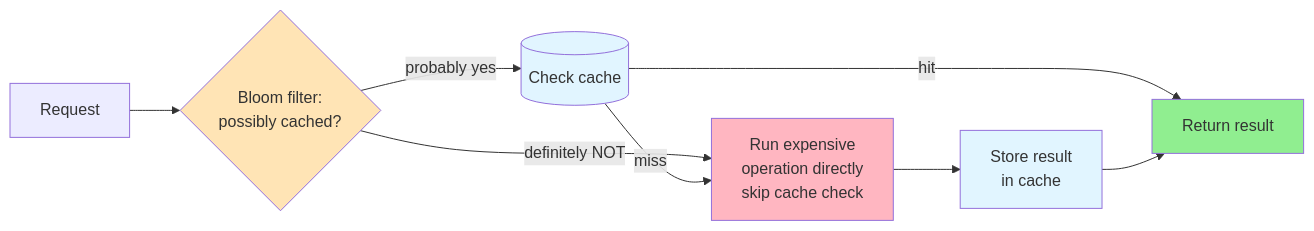
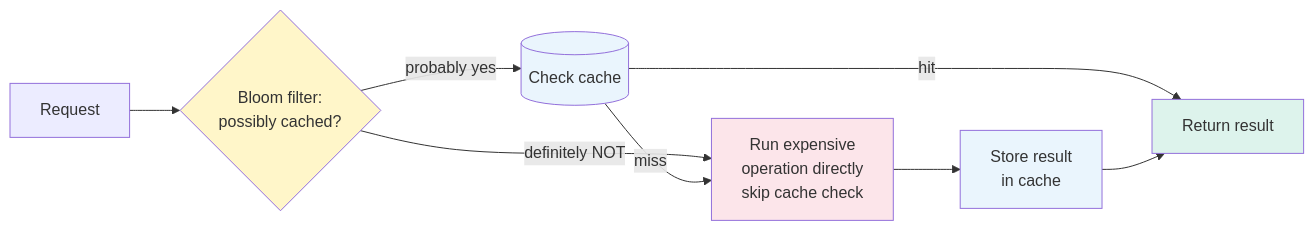
The second of 2 diagrams in LLD/SystemDesign/DeepDives/DataStructuresForBigData.md (cartmancodes/InterviewVault), drawn with Mermaid before and after one commit. The commit also changed other lines of this file and 679 other files, not shown here.

Commit message:
Unify content diagrams and add accessible visual walkthroughs

````diff
--- a/LLD/SystemDesign/DeepDives/DataStructuresForBigData.md
+++ b/LLD/SystemDesign/DeepDives/DataStructuresForBigData.md
@@ -191,15 +191,15 @@
 ```mermaid
 graph LR
     R["Request"] --> BF{"Bloom filter:<br/>possibly cached?"}
     BF -->|"definitely NOT"| E["Run expensive<br/>operation directly<br/>skip cache check"]
     BF -->|"probably yes"| C[("Check cache")]
     C -->|"hit"| Ret["Return result"]
     C -->|"miss"| E
     E --> Store["Store result<br/>in cache"] --> Ret
 
-    style BF fill:#FFE4B5
-    style C fill:#e1f5ff
-    style E fill:#FFB6C1
-    style Ret fill:#90EE90
-    style Store fill:#e1f5ff
+    style BF fill:#FFF6C9
+    style C fill:#EAF5FD
+    style E fill:#FCE5EA
+    style Ret fill:#DDF3EC
+    style Store fill:#EAF5FD
 ```
````
